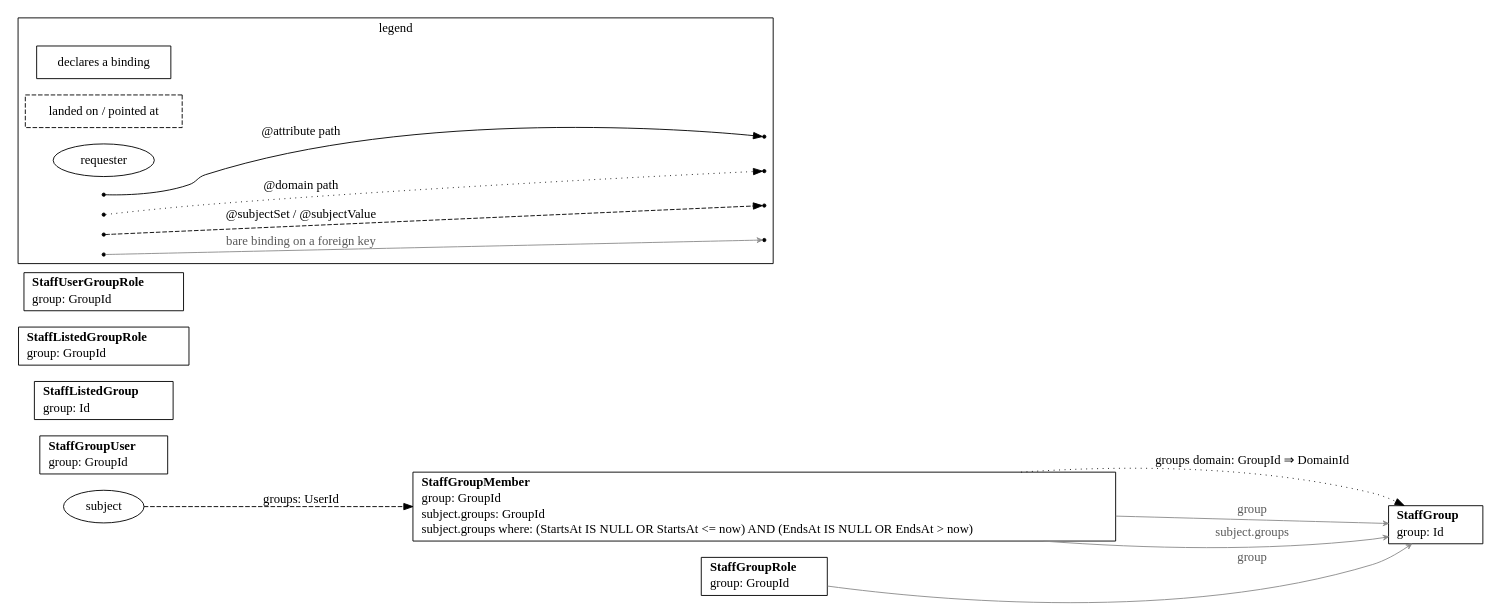
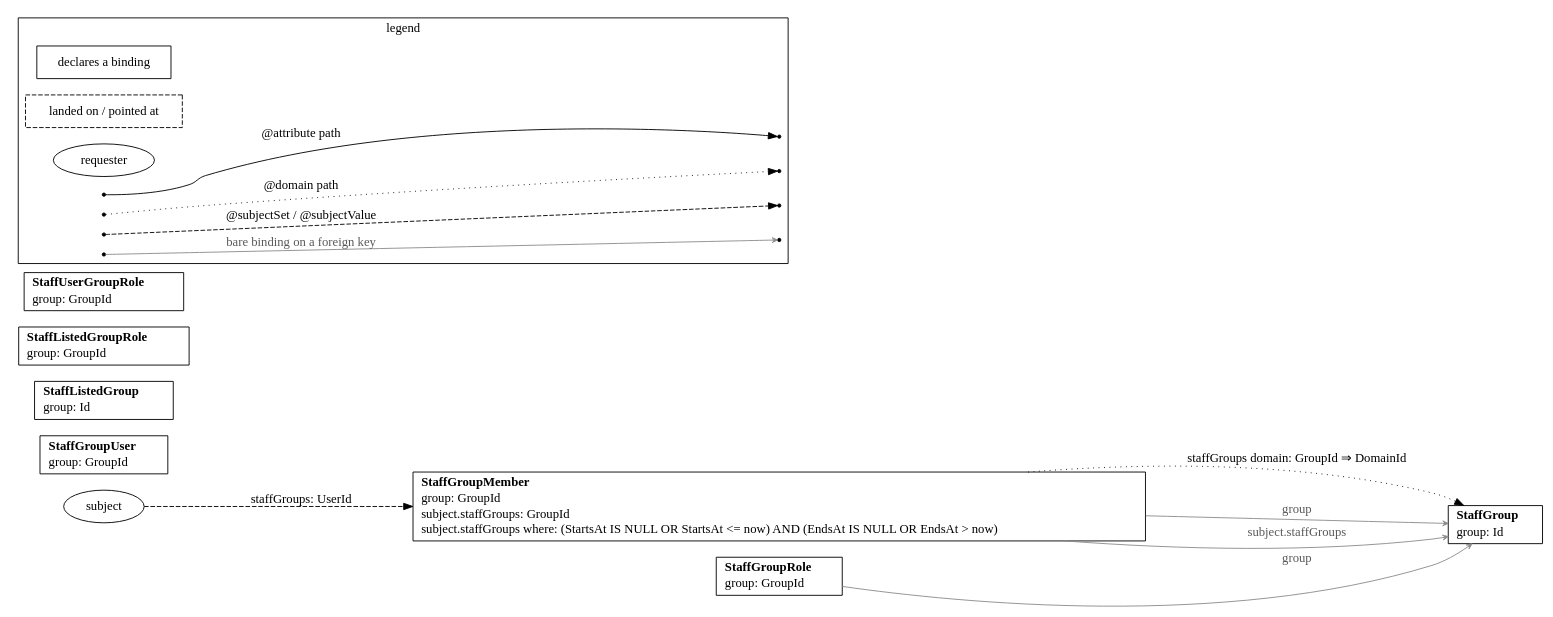
Before and after one commit to impulseframework/impulse: the diagram in cmd/impulse/internal/skeleton/_candidates/solo/pkg/resources/zz_gen_bindings.dot, drawn with Graphviz. The commit also changed 48 other files, not shown here.

First line of the commit message:
fix(generation): the set of a person's groups is named after its auth, so two auths' group sets never share a name

```diff
--- a/cmd/impulse/internal/skeleton/_candidates/solo/pkg/resources/zz_gen_bindings.dot
+++ b/cmd/impulse/internal/skeleton/_candidates/solo/pkg/resources/zz_gen_bindings.dot
@@ -1,53 +1,53 @@
 // Code generated by resourcegeneration. DO NOT EDIT.
 // Bindings: every attribute and subject binding this package declares. A box per
 // declaring resource lists its bare bindings as `name: column`; dashed boxes are
 // the tables a path lands on or a foreign key points at; the subject ellipse is
 // the requester, entering each anchor once with every name it yields there. One
 // edge per hop, drawn once however many paths share it: solid for @attribute,
 // dotted for @domain, dashed for a subject binding, labeled `name: column` on a
 // continuing hop and `name: column ⇒ column` where the path terminates; a thin
 // gray edge points a bare binding on a foreign key at its table. Facts only: no
 // grant or condition is drawn.
 // A subject set that writes a who: or a where: part lists each under the set, in
 // the columns' names: who: says which rows are the requester's, where: which of
 // those rows count. A set that builds on another is a dashed edge from the
 // resource declaring that other set, labeled `name: column IN subject.other`.
 // A subject set that writes a domain: part says where its rows' tenant is found,
 // and in a request with a tenant the set holds that tenant's rows alone. The path
 // is drawn dotted, as @domain's is, under the set's name: `name domain: column` on
 // a continuing hop and `name domain: column ⇒ column` where it reads the tenant.
 digraph Bindings {
 	rankdir=LR;
 	node [shape=box];
 	"StaffGroup" [label=<<table border="0" cellborder="0" cellspacing="0" cellpadding="1"><tr><td align="left"><b>StaffGroup</b></td></tr><tr><td align="left">group: Id</td></tr></table>>];
-	"StaffGroupMember" [label=<<table border="0" cellborder="0" cellspacing="0" cellpadding="1"><tr><td align="left"><b>StaffGroupMember</b></td></tr><tr><td align="left">group: GroupId</td></tr><tr><td align="left">subject.groups: GroupId</td></tr><tr><td align="left">subject.groups where: (StartsAt IS NULL OR StartsAt &lt;= now) AND (EndsAt IS NULL OR EndsAt &gt; now)</td></tr></table>>];
+	"StaffGroupMember" [label=<<table border="0" cellborder="0" cellspacing="0" cellpadding="1"><tr><td align="left"><b>StaffGroupMember</b></td></tr><tr><td align="left">group: GroupId</td></tr><tr><td align="left">subject.staffGroups: GroupId</td></tr><tr><td align="left">subject.staffGroups where: (StartsAt IS NULL OR StartsAt &lt;= now) AND (EndsAt IS NULL OR EndsAt &gt; now)</td></tr></table>>];
 	"StaffGroupRole" [label=<<table border="0" cellborder="0" cellspacing="0" cellpadding="1"><tr><td align="left"><b>StaffGroupRole</b></td></tr><tr><td align="left">group: GroupId</td></tr></table>>];
 	"StaffGroupUser" [label=<<table border="0" cellborder="0" cellspacing="0" cellpadding="1"><tr><td align="left"><b>StaffGroupUser</b></td></tr><tr><td align="left">group: GroupId</td></tr></table>>];
 	"StaffListedGroup" [label=<<table border="0" cellborder="0" cellspacing="0" cellpadding="1"><tr><td align="left"><b>StaffListedGroup</b></td></tr><tr><td align="left">group: Id</td></tr></table>>];
 	"StaffListedGroupRole" [label=<<table border="0" cellborder="0" cellspacing="0" cellpadding="1"><tr><td align="left"><b>StaffListedGroupRole</b></td></tr><tr><td align="left">group: GroupId</td></tr></table>>];
 	"StaffUserGroupRole" [label=<<table border="0" cellborder="0" cellspacing="0" cellpadding="1"><tr><td align="left"><b>StaffUserGroupRole</b></td></tr><tr><td align="left">group: GroupId</td></tr></table>>];
 	"subject" [shape=ellipse];
-	"StaffGroupMember" -> "StaffGroup" [style=dotted, label="groups domain: GroupId ⇒ DomainId"];
-	"subject" -> "StaffGroupMember" [style=dashed, label="groups: UserId"];
+	"StaffGroupMember" -> "StaffGroup" [style=dotted, label="staffGroups domain: GroupId ⇒ DomainId"];
+	"subject" -> "StaffGroupMember" [style=dashed, label="staffGroups: UserId"];
 	"StaffGroupMember" -> "StaffGroup" [color=gray55, fontcolor=gray35, arrowhead=vee, arrowsize=0.6, label="group"];
-	"StaffGroupMember" -> "StaffGroup" [color=gray55, fontcolor=gray35, arrowhead=vee, arrowsize=0.6, label="subject.groups"];
+	"StaffGroupMember" -> "StaffGroup" [color=gray55, fontcolor=gray35, arrowhead=vee, arrowsize=0.6, label="subject.staffGroups"];
 	"StaffGroupRole" -> "StaffGroup" [color=gray55, fontcolor=gray35, arrowhead=vee, arrowsize=0.6, label="group"];
 	subgraph cluster_legend {
 		label="legend";
 		"declares a binding" [shape=box];
 		"landed on / pointed at" [shape=box, style=dashed];
 		"requester" [shape=ellipse];
 		"legend:attribute" [shape=point];
 		"legend:attribute:to" [shape=point];
 		"legend:domain" [shape=point];
 		"legend:domain:to" [shape=point];
 		"legend:subject" [shape=point];
 		"legend:subject:to" [shape=point];
 		"legend:reference" [shape=point];
 		"legend:reference:to" [shape=point];
 		"legend:attribute" -> "legend:attribute:to" [label="@attribute path"];
 		"legend:domain" -> "legend:domain:to" [style=dotted, label="@domain path"];
 		"legend:subject" -> "legend:subject:to" [style=dashed, label="@subjectSet / @subjectValue"];
 		"legend:reference" -> "legend:reference:to" [color=gray55, fontcolor=gray35, arrowhead=vee, arrowsize=0.6, label="bare binding on a foreign key"];
 	}
 }
```
